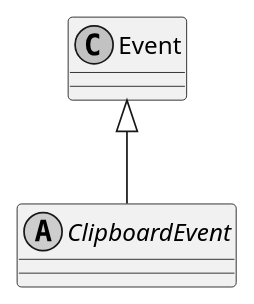
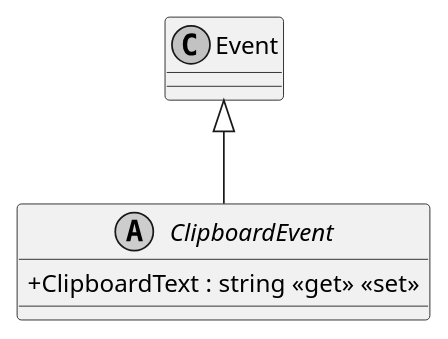
One commit to insightmind/MORR changed the diagram in documents/sd/plantuml/application/Modules/Clipboard/Events/ClipboardEvent.puml. Above: the diagram before and after it, drawn with PlantUML. The commit also changed 8 other files, not shown here.

```diff
--- a/documents/sd/plantuml/application/Modules/Clipboard/Events/ClipboardEvent.puml
+++ b/documents/sd/plantuml/application/Modules/Clipboard/Events/ClipboardEvent.puml
@@ -1,8 +1,9 @@
 @startuml
 skinparam monochrome true
 skinparam classAttributeIconSize 0
 
 abstract class ClipboardEvent {
+    + ClipboardText : string <<get>> <<set>>
 }
 Event <|-- ClipboardEvent
 @enduml
```
